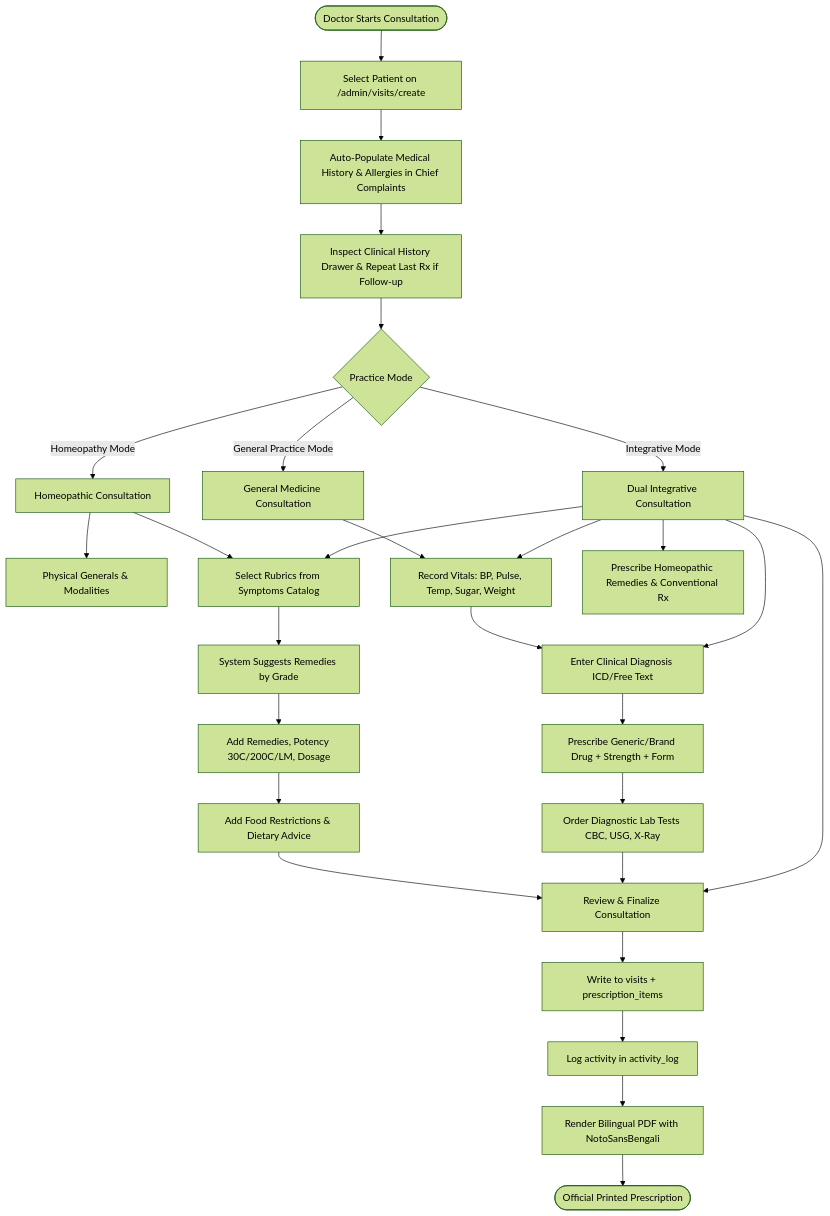
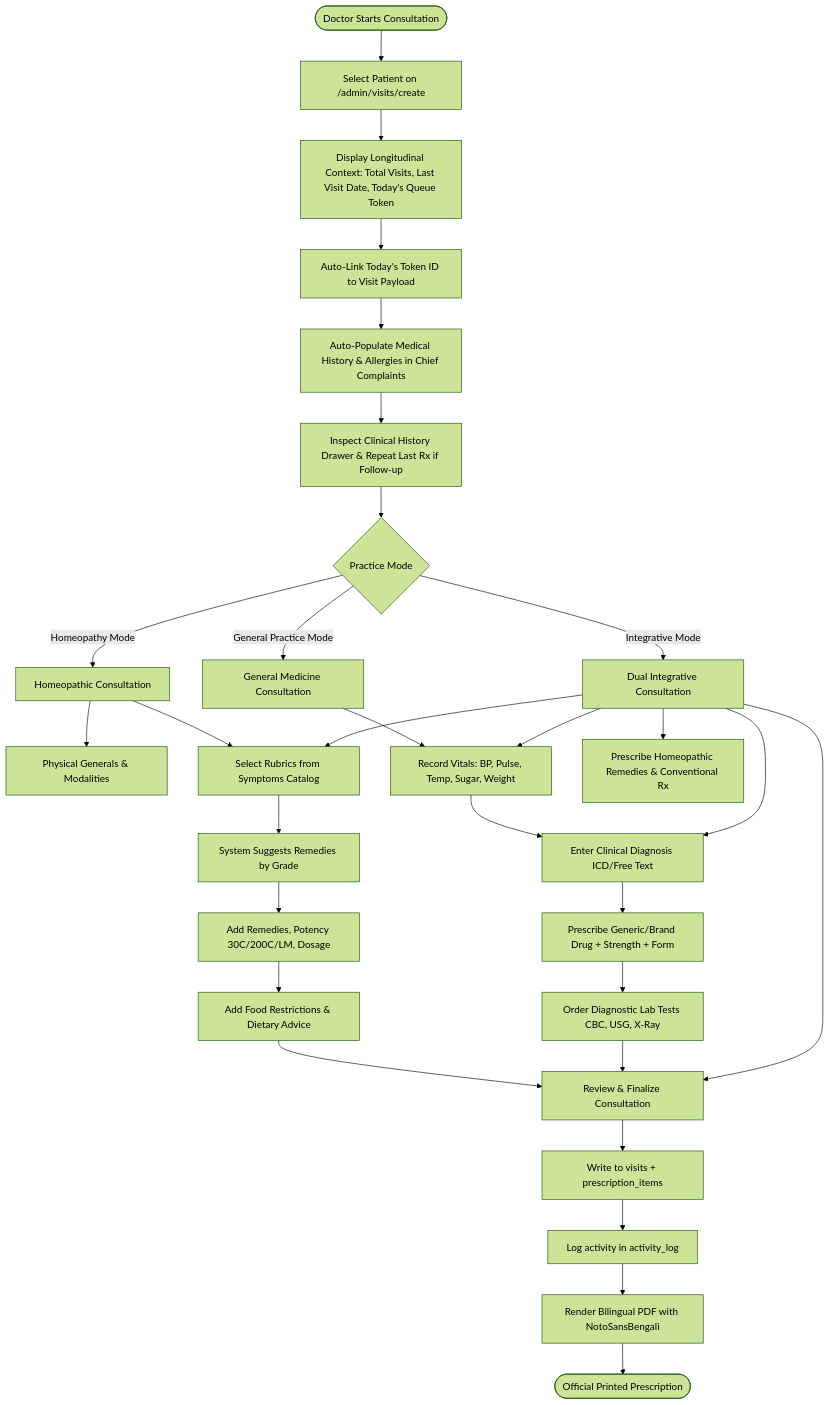
One commit to SH4RTH4K/Clinic-System changed the third of 10 diagrams in 02_AppFlow.md. Above: the diagram before and after it, drawn with Mermaid (forest theme). The commit also changed 231 other files, not shown here.

Commit message:
feat(patients): add longitudinal clinical context, configurable migration last visit date, and queue token auto-linking

````diff
--- a/02_AppFlow.md
+++ b/02_AppFlow.md
@@ -92,38 +92,40 @@
 ```mermaid
 flowchart TD
     StartConsult([Doctor Starts Consultation]) --> SelectPat[Select Patient on /admin/visits/create]
-    SelectPat --> AutoHist[Auto-Populate Medical History & Allergies in Chief Complaints]
+    SelectPat --> LongContext[Display Longitudinal Context: Total Visits, Last Visit Date, Today's Queue Token]
+    LongContext --> AutoLinkToken[Auto-Link Today's Token ID to Visit Payload]
+    AutoLinkToken --> AutoHist[Auto-Populate Medical History & Allergies in Chief Complaints]
     AutoHist --> CheckPast[Inspect Clinical History Drawer & Repeat Last Rx if Follow-up]
     CheckPast --> CheckMode{Practice Mode}
     
     %% Homeopathy Path
     CheckMode -- Homeopathy Mode --> HomeoWorkbench[Homeopathic Consultation]
     HomeoWorkbench --> CollectGenerals[Physical Generals & Modalities]
     HomeoWorkbench --> SelectRubrics[Select Rubrics from Symptoms Catalog]
     SelectRubrics --> AutoRepertorize[System Suggests Remedies by Grade]
     AutoRepertorize --> PrescribeRemedy[Add Remedies, Potency 30C/200C/LM, Dosage]
     PrescribeRemedy --> AddDietary[Add Food Restrictions & Dietary Advice]
     AddDietary --> FinalizeCommon[Review & Finalize Consultation]
 
     %% General Practice / Allopathy Path
     CheckMode -- General Practice Mode --> AllopathWorkbench[General Medicine Consultation]
     AllopathWorkbench --> RecordVitals[Record Vitals: BP, Pulse, Temp, Sugar, Weight]
     RecordVitals --> RecordDiagnosis[Enter Clinical Diagnosis ICD/Free Text]
     RecordDiagnosis --> PrescribePharma[Prescribe Generic/Brand Drug + Strength + Form]
     PrescribePharma --> OrderLabs[Order Diagnostic Lab Tests CBC, USG, X-Ray]
     OrderLabs --> FinalizeCommon
 
     %% Integrative Path
     CheckMode -- Integrative Mode --> DualWorkbench[Dual Integrative Consultation]
     DualWorkbench --> RecordVitals
     DualWorkbench --> SelectRubrics
     DualWorkbench --> RecordDiagnosis
     DualWorkbench --> PrescribeCombined[Prescribe Homeopathic Remedies & Conventional Rx]
     DualWorkbench --> FinalizeCommon
 
     %% Finalization
     FinalizeCommon --> LockRecord[Write to visits + prescription_items]
     LockRecord --> AuditTrail[Log activity in activity_log]
     AuditTrail --> PDFGen[Render Bilingual PDF with NotoSansBengali]
     PDFGen --> PDFOutput([Official Printed Prescription])
 ```
````
